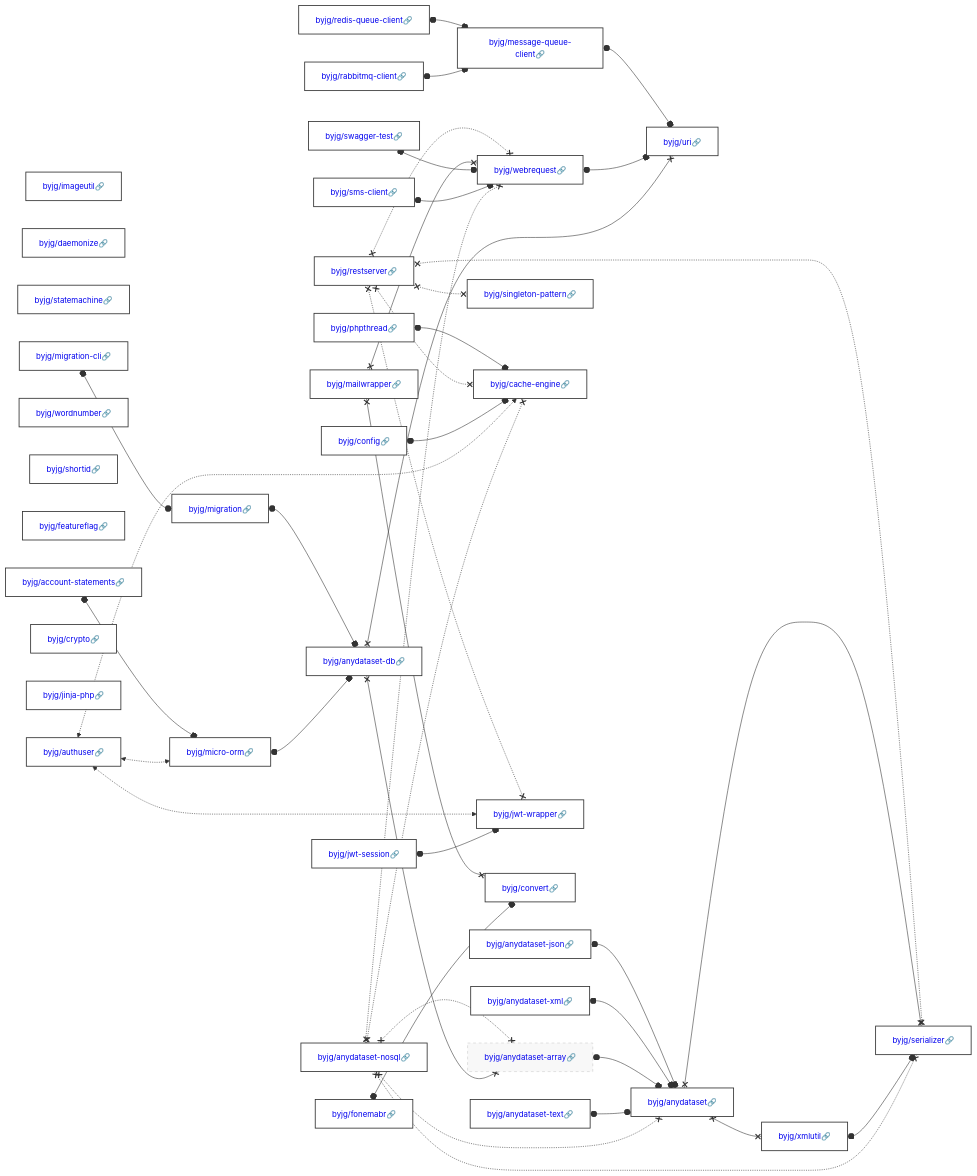
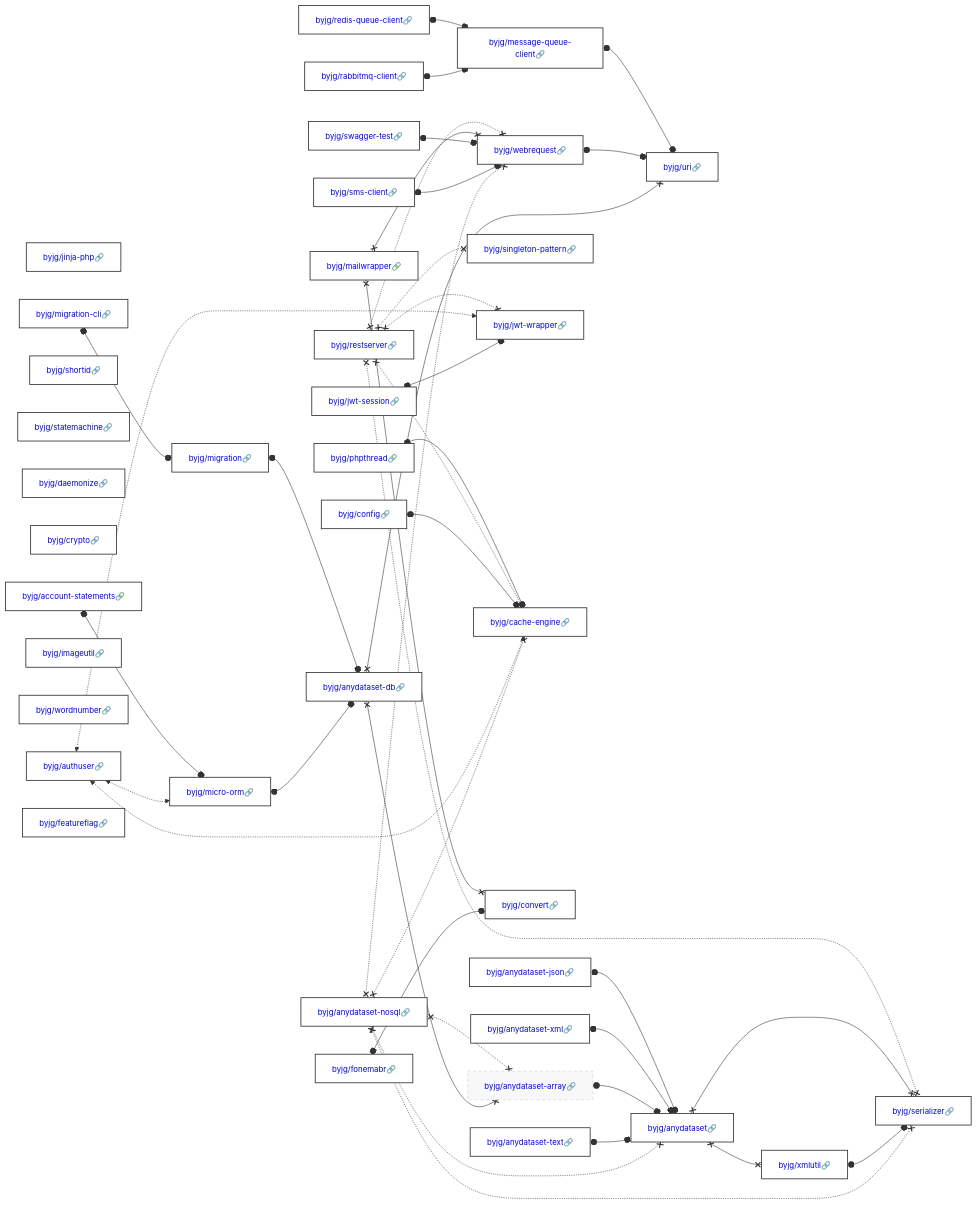
The diagram in docs/php/README.md (byjg/byjg.github.io), drawn with Mermaid before and after one commit. The commit also changed other lines of this file, not shown here.

Commit message:
Update documentation 'php' 'php-migration'

````diff
--- a/docs/php/README.md
+++ b/docs/php/README.md
@@ -3,38 +3,38 @@
 ```mermaid
 graph LR;
-  byjg/jwt-session[<a href='https://opensource.byjg.com/docs/php/jwt-session' style='text-decoration:none'>byjg/jwt-session🔗</a>];
   byjg/sms-client[<a href='https://opensource.byjg.com/docs/php/sms-client' style='text-decoration:none'>byjg/sms-client🔗</a>];
-  byjg/rabbitmq-client[<a href='https://opensource.byjg.com/docs/php/rabbitmq-client' style='text-decoration:none'>byjg/rabbitmq-client🔗</a>];
-  byjg/anydataset-xml[<a href='https://opensource.byjg.com/docs/php/anydataset-xml' style='text-decoration:none'>byjg/anydataset-xml🔗</a>];
-  byjg/imageutil[<a href='https://opensource.byjg.com/docs/php/imageutil' style='text-decoration:none'>byjg/imageutil🔗</a>];
-  byjg/daemonize[<a href='https://opensource.byjg.com/docs/php/daemonize' style='text-decoration:none'>byjg/daemonize🔗</a>];
-  byjg/statemachine[<a href='https://opensource.byjg.com/docs/php/statemachine' style='text-decoration:none'>byjg/statemachine🔗</a>];
-  byjg/swagger-test[<a href='https://opensource.byjg.com/docs/php/swagger-test' style='text-decoration:none'>byjg/swagger-test🔗</a>];
-  byjg/authuser[<a href='https://opensource.byjg.com/docs/php/authuser' style='text-decoration:none'>byjg/authuser🔗</a>];
-  byjg/phpthread[<a href='https://opensource.byjg.com/docs/php/phpthread' style='text-decoration:none'>byjg/phpthread🔗</a>];
-  byjg/anydataset-nosql[<a href='https://opensource.byjg.com/docs/php/anydataset-nosql' style='text-decoration:none'>byjg/anydataset-nosql🔗</a>];
-  byjg/fonemabr[<a href='https://opensource.byjg.com/docs/php/fonemabr' style='text-decoration:none'>byjg/fonemabr🔗</a>];
-  byjg/wordnumber[<a href='https://opensource.byjg.com/docs/php/wordnumber' style='text-decoration:none'>byjg/wordnumber🔗</a>];
-  byjg/anydataset-text[<a href='https://opensource.byjg.com/docs/php/anydataset-text' style='text-decoration:none'>byjg/anydataset-text🔗</a>];
-  byjg/shortid[<a href='https://opensource.byjg.com/docs/php/shortid' style='text-decoration:none'>byjg/shortid🔗</a>];
-  byjg/redis-queue-client[<a href='https://opensource.byjg.com/docs/php/redis-queue-client' style='text-decoration:none'>byjg/redis-queue-client🔗</a>];
-  byjg/featureflag[<a href='https://opensource.byjg.com/docs/php/featureflag' style='text-decoration:none'>byjg/featureflag🔗</a>];
-  byjg/config[<a href='https://opensource.byjg.com/docs/php/config' style='text-decoration:none'>byjg/config🔗</a>];
-  byjg/anydataset-json[<a href='https://opensource.byjg.com/docs/php/anydataset-json' style='text-decoration:none'>byjg/anydataset-json🔗</a>];
-  byjg/restserver[<a href='https://opensource.byjg.com/docs/php/restserver' style='text-decoration:none'>byjg/restserver🔗</a>];
-  byjg/account-statements[<a href='https://opensource.byjg.com/docs/php/account-statements' style='text-decoration:none'>byjg/account-statements🔗</a>];
-  byjg/mailwrapper[<a href='https://opensource.byjg.com/docs/php/mailwrapper' style='text-decoration:none'>byjg/mailwrapper🔗</a>];
-  byjg/crypto[<a href='https://opensource.byjg.com/docs/php/crypto' style='text-decoration:none'>byjg/crypto🔗</a>];
   byjg/jinja-php[<a href='https://opensource.byjg.com/docs/php/jinja-php' style='text-decoration:none'>byjg/jinja-php🔗</a>];
   byjg/migration-cli[<a href='https://opensource.byjg.com/docs/php/migration-cli' style='text-decoration:none'>byjg/migration-cli🔗</a>];
-  byjg/message-queue-client[<a href='https://opensource.byjg.com/docs/php/message-queue-client' style='text-decoration:none'>byjg/message-queue-client🔗</a>];
+  byjg/shortid[<a href='https://opensource.byjg.com/docs/php/shortid' style='text-decoration:none'>byjg/shortid🔗</a>];
+  byjg/statemachine[<a href='https://opensource.byjg.com/docs/php/statemachine' style='text-decoration:none'>byjg/statemachine🔗</a>];
+  byjg/anydataset-json[<a href='https://opensource.byjg.com/docs/php/anydataset-json' style='text-decoration:none'>byjg/anydataset-json🔗</a>];
+  byjg/anydataset-text[<a href='https://opensource.byjg.com/docs/php/anydataset-text' style='text-decoration:none'>byjg/anydataset-text🔗</a>];
+  byjg/restserver[<a href='https://opensource.byjg.com/docs/php/restserver' style='text-decoration:none'>byjg/restserver🔗</a>];
+  byjg/fonemabr[<a href='https://opensource.byjg.com/docs/php/fonemabr' style='text-decoration:none'>byjg/fonemabr🔗</a>];
+  byjg/anydataset-xml[<a href='https://opensource.byjg.com/docs/php/anydataset-xml' style='text-decoration:none'>byjg/anydataset-xml🔗</a>];
+  byjg/config[<a href='https://opensource.byjg.com/docs/php/config' style='text-decoration:none'>byjg/config🔗</a>];
+  byjg/daemonize[<a href='https://opensource.byjg.com/docs/php/daemonize' style='text-decoration:none'>byjg/daemonize🔗</a>];
+  byjg/crypto[<a href='https://opensource.byjg.com/docs/php/crypto' style='text-decoration:none'>byjg/crypto🔗</a>];
+  byjg/authuser[<a href='https://opensource.byjg.com/docs/php/authuser' style='text-decoration:none'>byjg/authuser🔗</a>];
+  byjg/jwt-session[<a href='https://opensource.byjg.com/docs/php/jwt-session' style='text-decoration:none'>byjg/jwt-session🔗</a>];
+  byjg/imageutil[<a href='https://opensource.byjg.com/docs/php/imageutil' style='text-decoration:none'>byjg/imageutil🔗</a>];
+  byjg/phpthread[<a href='https://opensource.byjg.com/docs/php/phpthread' style='text-decoration:none'>byjg/phpthread🔗</a>];
+  byjg/redis-queue-client[<a href='https://opensource.byjg.com/docs/php/redis-queue-client' style='text-decoration:none'>byjg/redis-queue-client🔗</a>];
+  byjg/wordnumber[<a href='https://opensource.byjg.com/docs/php/wordnumber' style='text-decoration:none'>byjg/wordnumber🔗</a>];
+  byjg/anydataset-nosql[<a href='https://opensource.byjg.com/docs/php/anydataset-nosql' style='text-decoration:none'>byjg/anydataset-nosql🔗</a>];
+  byjg/swagger-test[<a href='https://opensource.byjg.com/docs/php/swagger-test' style='text-decoration:none'>byjg/swagger-test🔗</a>];
+  byjg/account-statements[<a href='https://opensource.byjg.com/docs/php/account-statements' style='text-decoration:none'>byjg/account-statements🔗</a>];
+  byjg/featureflag[<a href='https://opensource.byjg.com/docs/php/featureflag' style='text-decoration:none'>byjg/featureflag🔗</a>];
+  byjg/mailwrapper[<a href='https://opensource.byjg.com/docs/php/mailwrapper' style='text-decoration:none'>byjg/mailwrapper🔗</a>];
+  byjg/rabbitmq-client[<a href='https://opensource.byjg.com/docs/php/rabbitmq-client' style='text-decoration:none'>byjg/rabbitmq-client🔗</a>];
+  byjg/migration[<a href='https://opensource.byjg.com/docs/php/migration' style='text-decoration:none'>byjg/migration🔗</a>];
   byjg/singleton-pattern[<a href='https://opensource.byjg.com/docs/php/singleton-pattern' style='text-decoration:none'>byjg/singleton-pattern🔗</a>];
+  byjg/jwt-wrapper[<a href='https://opensource.byjg.com/docs/php/jwt-wrapper' style='text-decoration:none'>byjg/jwt-wrapper🔗</a>];
   byjg/cache-engine[<a href='https://opensource.byjg.com/docs/php/cache-engine' style='text-decoration:none'>byjg/cache-engine🔗</a>];
-  byjg/jwt-wrapper[<a href='https://opensource.byjg.com/docs/php/jwt-wrapper' style='text-decoration:none'>byjg/jwt-wrapper🔗</a>];
   byjg/micro-orm[<a href='https://opensource.byjg.com/docs/php/micro-orm' style='text-decoration:none'>byjg/micro-orm🔗</a>];
   byjg/convert[<a href='https://opensource.byjg.com/docs/php/convert' style='text-decoration:none'>byjg/convert🔗</a>];
   byjg/webrequest[<a href='https://opensource.byjg.com/docs/php/webrequest' style='text-decoration:none'>byjg/webrequest🔗</a>];
-  byjg/migration[<a href='https://opensource.byjg.com/docs/php/migration' style='text-decoration:none'>byjg/migration🔗</a>];
+  byjg/message-queue-client[<a href='https://opensource.byjg.com/docs/php/message-queue-client' style='text-decoration:none'>byjg/message-queue-client🔗</a>];
   byjg/anydataset-db[<a href='https://opensource.byjg.com/docs/php/anydataset-db' style='text-decoration:none'>byjg/anydataset-db🔗</a>];
   byjg/anydataset-array[<a href='https://opensource.byjg.com/docs/php/anydataset-array' style='text-decoration:none'>byjg/anydataset-array🔗</a>];
   byjg/uri[<a href='https://opensource.byjg.com/docs/php/uri' style='text-decoration:none'>byjg/uri🔗</a>];
````
